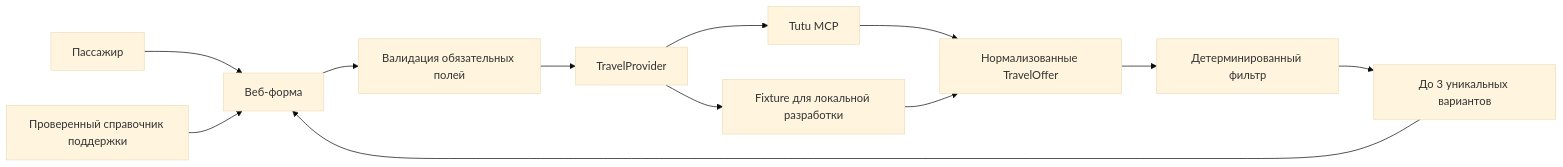
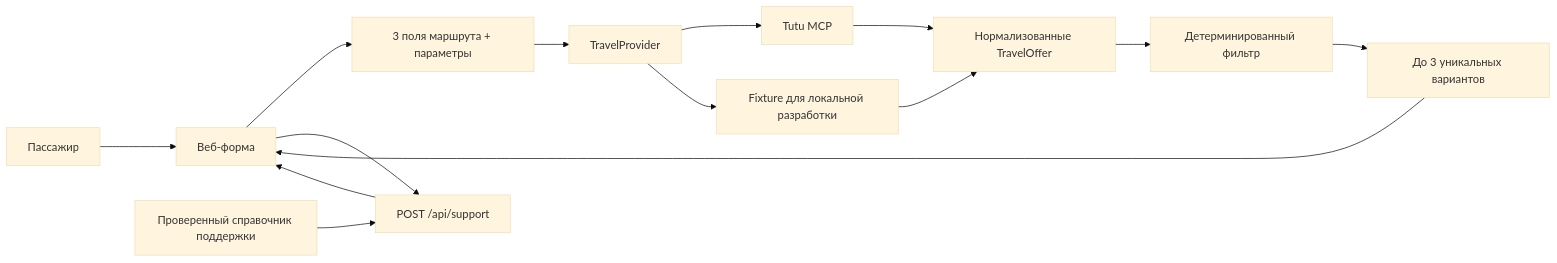
Before and after one commit to lllllllleo495/make-it-in-time: the diagram in docs/ARCHITECTURE.md, drawn with Mermaid (base theme). The commit also changed other lines of this file and 9 other files, not shown here.

````diff
--- a/docs/ARCHITECTURE.md
+++ b/docs/ARCHITECTURE.md
@@ -7,14 +7,16 @@
 ```mermaid
 flowchart LR
   U["Пассажир"] --> UI["Веб-форма"]
-  UI --> V["Валидация обязательных полей"]
+  UI --> V["3 поля маршрута + параметры"]
   V --> P["TravelProvider"]
   P --> M["Tutu MCP"]
   P --> F["Fixture для локальной разработки"]
   M --> N["Нормализованные TravelOffer"]
   F --> N
   N --> E["Детерминированный фильтр"]
   E --> S["До 3 уникальных вариантов"]
-  D["Проверенный справочник поддержки"] --> UI
+  UI --> H["POST /api/support"]
+  D["Проверенный справочник поддержки"] --> H
+  H --> UI
   S --> UI
 ```
````
